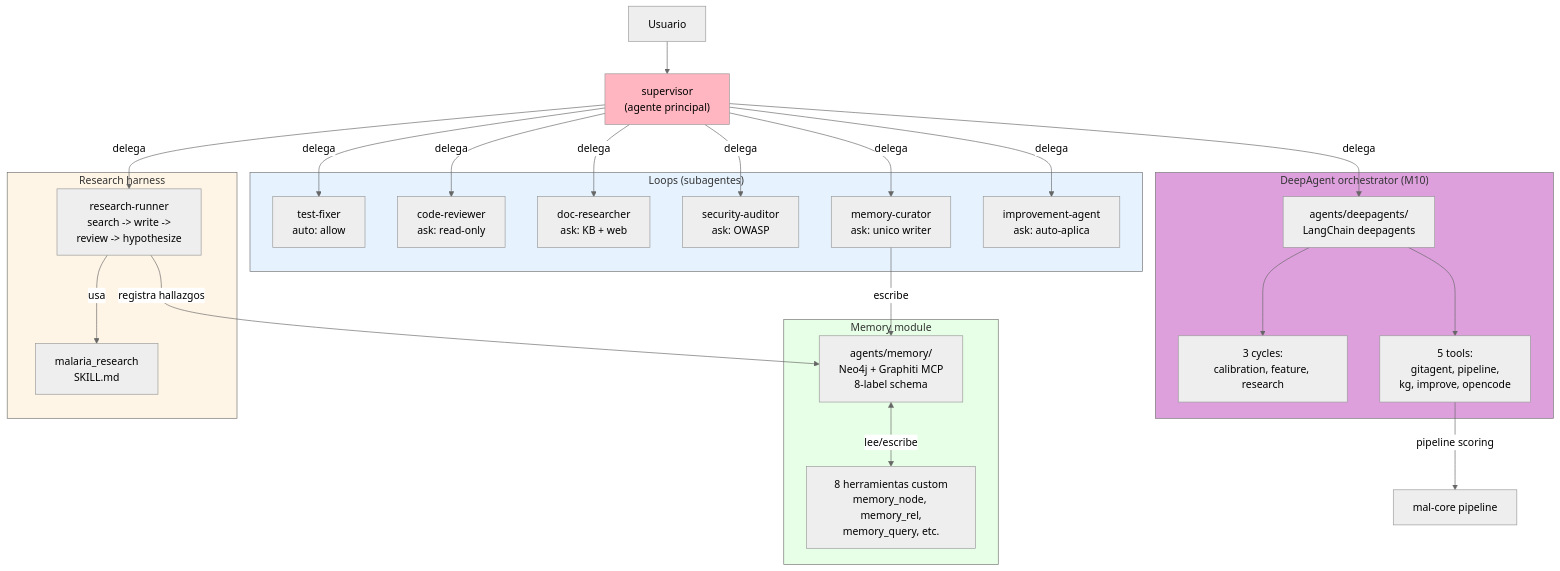
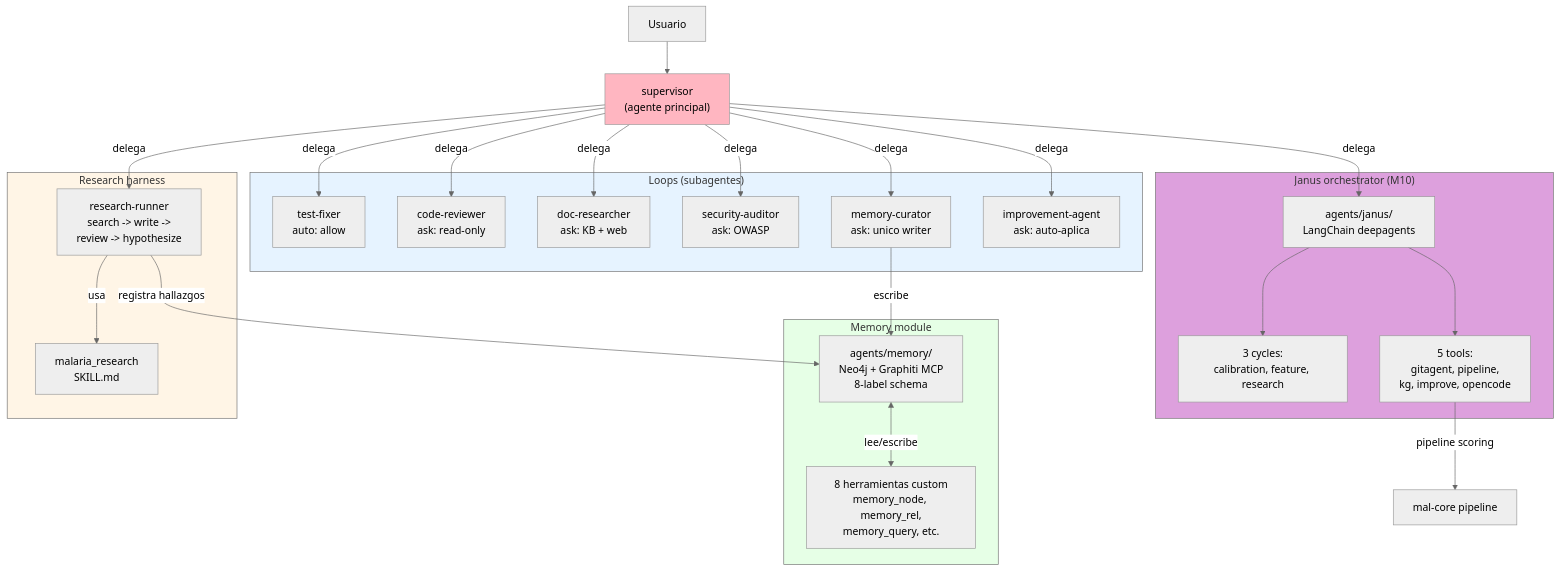
Before and after one commit to ANFAIA/MalariaSentinel: diagram 12 of 14 in docs/system-status.md, drawn with Mermaid (neutral theme). The commit also changed other lines of this file and 110 other files, not shown here.

First line of the commit message:
refactor: rename deepagents → janus

````diff
--- a/docs/system-status.md
+++ b/docs/system-status.md
@@ -912,55 +912,55 @@
 ```mermaid
 graph TB
     USER["Usuario"]
     SUP["supervisor<br/>(agente principal)"]
 
     subgraph LOOPS["Loops (subagentes)"]
         TF["test-fixer<br/>auto: allow"]
         CR["code-reviewer<br/>ask: read-only"]
         DR["doc-researcher<br/>ask: KB + web"]
         SA["security-auditor<br/>ask: OWASP"]
         MC["memory-curator<br/>ask: unico writer"]
         IA["improvement-agent<br/>ask: auto-aplica"]
     end
 
-    subgraph DEEPAGENTS["DeepAgent orchestrator (M10)"]
-        DA["agents/deepagents/<br/>LangChain deepagents"]
+    subgraph DEEPAGENTS["Janus orchestrator (M10)"]
+        DA["agents/janus/<br/>LangChain deepagents"]
         DA_CYCLES["3 cycles:<br/>calibration, feature, research"]
         DA_TOOLS["5 tools:<br/>gitagent, pipeline,<br/>kg, improve, opencode"]
     end
 
     subgraph MEMORIA["Memory module"]
         MEM["agents/memory/<br/>Neo4j + Graphiti MCP<br/>8-label schema"]
         TOOLS["8 herramientas custom<br/>memory_node, memory_rel,<br/>memory_query, etc."]
     end
 
     subgraph HARNESS["Research harness"]
         RH["research-runner<br/>search -> write -><br/>review -> hypothesize"]
         SK["malaria_research<br/>SKILL.md"]
     end
 
     USER --> SUP
     SUP -->|"delega"| TF
     SUP -->|"delega"| CR
     SUP -->|"delega"| DR
     SUP -->|"delega"| SA
     SUP -->|"delega"| MC
     SUP -->|"delega"| IA
     SUP -->|"delega"| RH
     SUP -->|"delega"| DA
 
     DA --> DA_CYCLES
     DA --> DA_TOOLS
     DA_TOOLS -->|"pipeline scoring"| ABM_PIPE["mal-core pipeline"]
 
     MC -->|"escribe"| MEM
     MEM <-->|"lee/escribe"| TOOLS
     RH -->|"usa"| SK
     RH -->|"registra hallazgos"| MEM
 
     style SUP fill:#FFB6C1
     style LOOPS fill:#E6F3FF
     style DEEPAGENTS fill:#DDA0DD
     style MEMORIA fill:#E6FFE6
     style HARNESS fill:#FFF5E6
 ```
````
